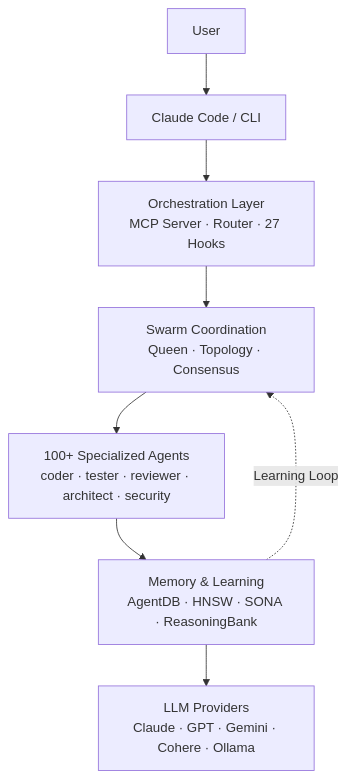
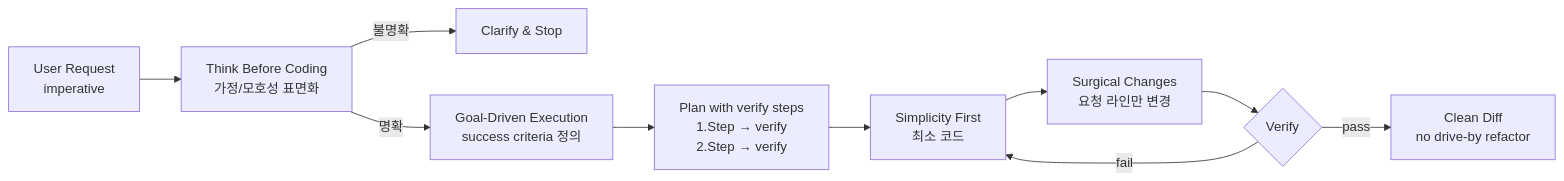
The diagram in content/posts/20260504/study.md (altjs4510/ai_news_blog), drawn with Mermaid before and after one commit. The commit also changed other lines of this file and 3 other files, not shown here.

````diff
--- a/content/posts/20260504/study.md
+++ b/content/posts/20260504/study.md
@@ -43,10 +34,12 @@
 ```mermaid
-flowchart TD
-    U[User] --> CC[Claude Code / CLI]
-    CC --> ORC[Orchestration Layer<br/>MCP Server · Router · 27 Hooks]
-    ORC --> SW[Swarm Coordination<br/>Queen · Topology · Consensus]
-    SW --> AG[100+ Specialized Agents<br/>coder · tester · reviewer · architect · security]
-    AG --> MEM[Memory & Learning<br/>AgentDB · HNSW · SONA · ReasoningBank]
-    MEM --> LLM[LLM Providers<br/>Claude · GPT · Gemini · Cohere · Ollama]
-    MEM -.Learning Loop.-> SW
+flowchart LR
+    U[User Request<br/>imperative] --> T[Think Before Coding<br/>가정/모호성 표면화]
+    T -->|불명확| Q[Clarify & Stop]
+    T -->|명확| G[Goal-Driven Execution<br/>success criteria 정의]
+    G --> P[Plan with verify steps<br/>1.Step → verify<br/>2.Step → verify]
+    P --> S[Simplicity First<br/>최소 코드]
+    S --> SC[Surgical Changes<br/>요청 라인만 변경]
+    SC --> V{Verify}
+    V -->|fail| S
+    V -->|pass| D[Clean Diff<br/>no drive-by refactor]
 ```
````
